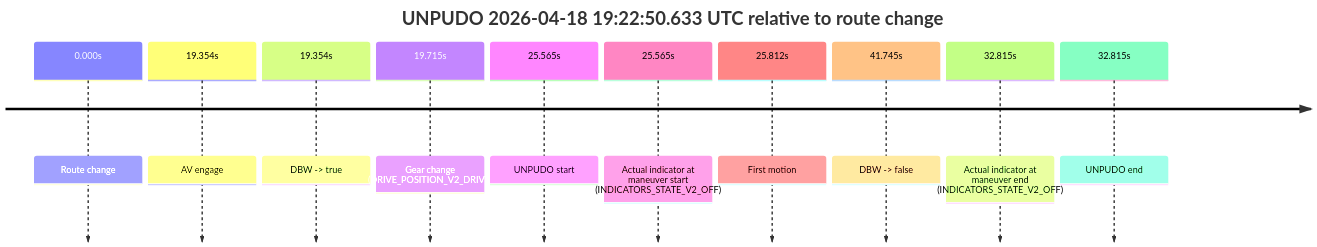
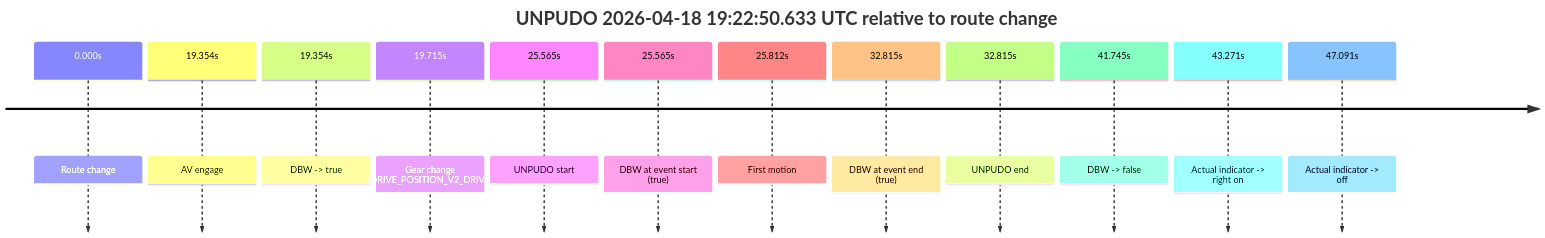
The diagram in model_analysis/report_cards/2026/04/Week-3/fme10010--2026-04-18--18-58-55--gen2-av-62f298a1-112f-4d7b-bc84-2b5ed06ccca3.md (yoelshapiro/vault), drawn with Mermaid before and after one commit. The commit also changed other lines of this file and 32 other files, not shown here.

````diff
--- a/model_analysis/report_cards/2026/04/Week-3/fme10010--2026-04-18--18-58-55--gen2-av-62f298a1-112f-4d7b-bc84-2b5ed06ccca3.md
+++ b/model_analysis/report_cards/2026/04/Week-3/fme10010--2026-04-18--18-58-55--gen2-av-62f298a1-112f-4d7b-bc84-2b5ed06ccca3.md
@@ -43,14 +45,16 @@
 ```mermaid
 timeline
     title UNPUDO 2026-04-18 19:22:50.633 UTC relative to route change
     0.000s : Route change
     19.354s : AV engage
     19.354s : DBW -> true
     19.715s : Gear change (DRIVE_POSITION_V2_DRIVE)
     25.565s : UNPUDO start
-    25.565s : Actual indicator at maneuver start (INDICATORS_STATE_V2_OFF)
+    25.565s : DBW at event start (true)
     25.812s : First motion
+    32.815s : DBW at event end (true)
+    32.815s : UNPUDO end
     41.745s : DBW -> false
-    32.815s : Actual indicator at maneuver end (INDICATORS_STATE_V2_OFF)
-    32.815s : UNPUDO end
+    43.271s : Actual indicator -> right on
+    47.091s : Actual indicator -> off
 ```
````
